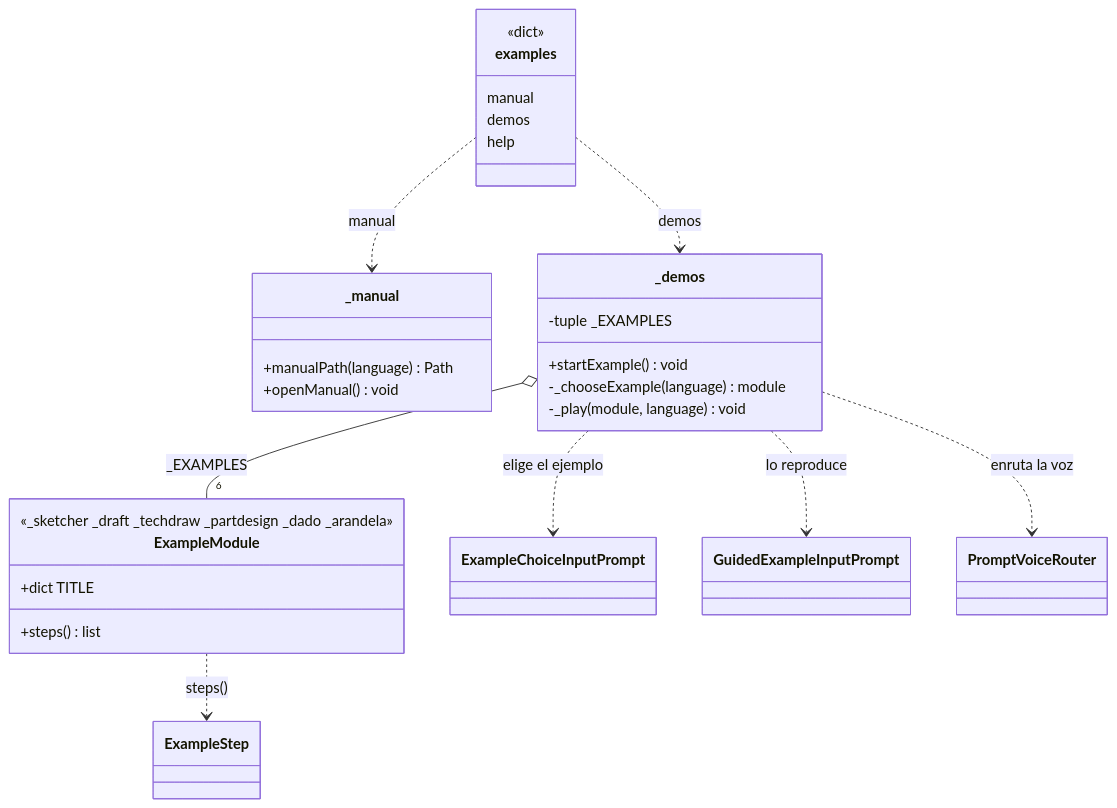
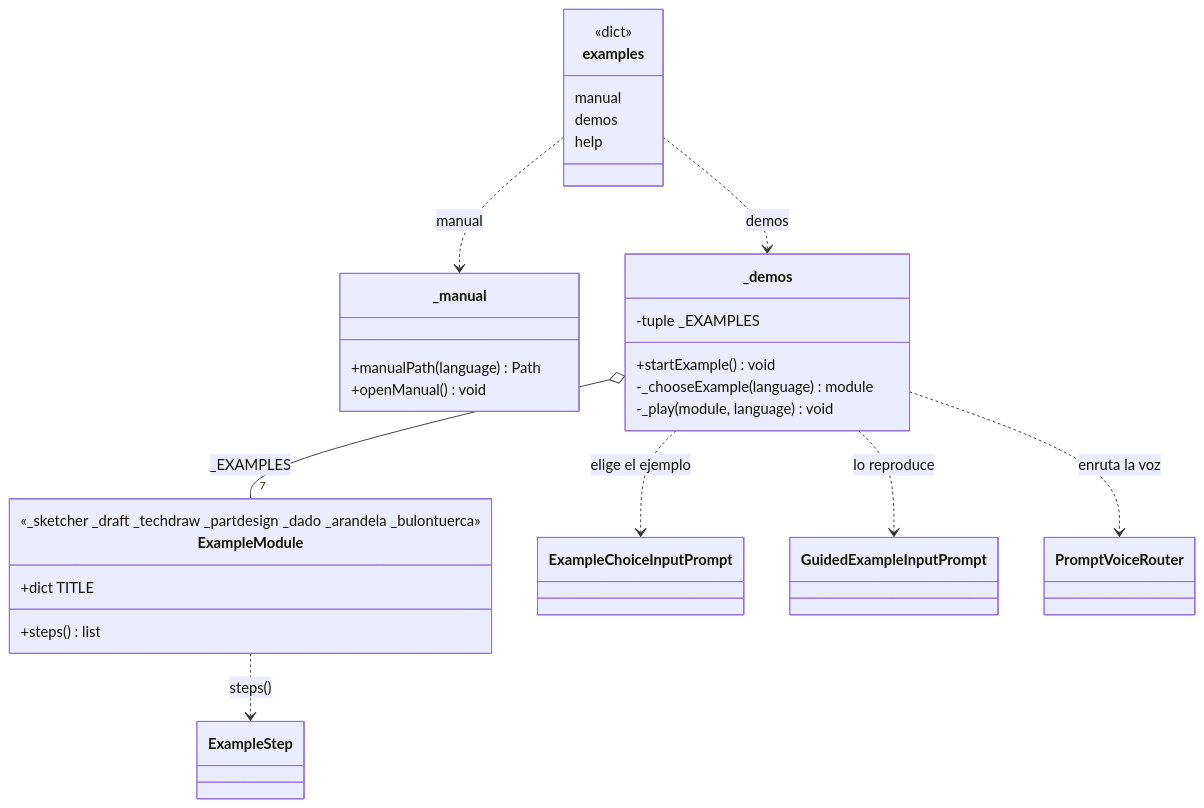
Before and after one commit to DAv-Project-Team-UADER/DAV: the diagram in Dav/docs/diagramas/Examples.md, drawn with Mermaid. The commit also changed other lines of this file and 4 other files, not shown here.

````diff
--- a/Dav/docs/diagramas/Examples.md
+++ b/Dav/docs/diagramas/Examples.md
@@ -10,40 +10,40 @@
 ```mermaid
 classDiagram
     class examples {
         <<dict>>
         manual
         demos
         help
     }
 
     class _manual {
         +manualPath(language) Path
         +openManual() void
     }
 
     class _demos {
         -tuple _EXAMPLES
         +startExample() void
         -_chooseExample(language) module
         -_play(module, language) void
     }
 
     class ExampleModule {
-        <<_sketcher _draft _techdraw _partdesign _dado _arandela>>
+        <<_sketcher _draft _techdraw _partdesign _dado _arandela _bulontuerca>>
         +dict TITLE
         +steps() list
     }
 
     class ExampleChoiceInputPrompt
     class GuidedExampleInputPrompt
     class ExampleStep
     class PromptVoiceRouter
 
     examples ..> _manual : manual
     examples ..> _demos : demos
-    _demos o-- "6" ExampleModule : _EXAMPLES
+    _demos o-- "7" ExampleModule : _EXAMPLES
     _demos ..> ExampleChoiceInputPrompt : elige el ejemplo
     _demos ..> GuidedExampleInputPrompt : lo reproduce
     _demos ..> PromptVoiceRouter : enruta la voz
     ExampleModule ..> ExampleStep : steps()
 ```
````
